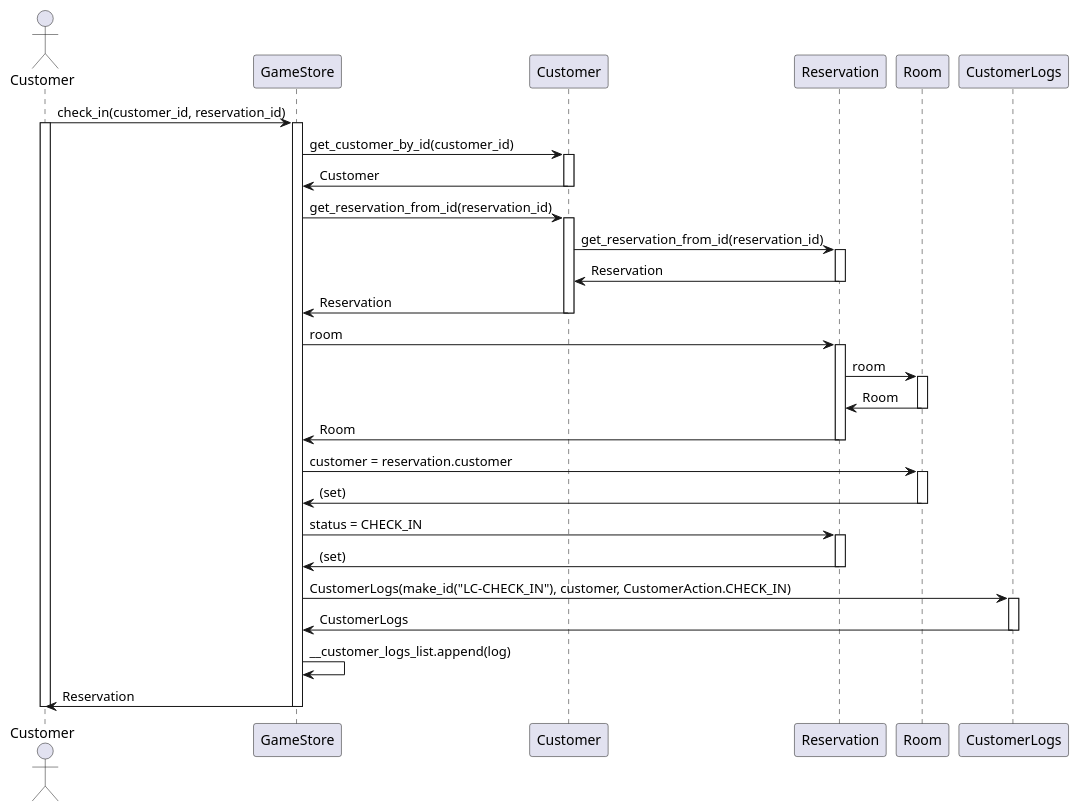
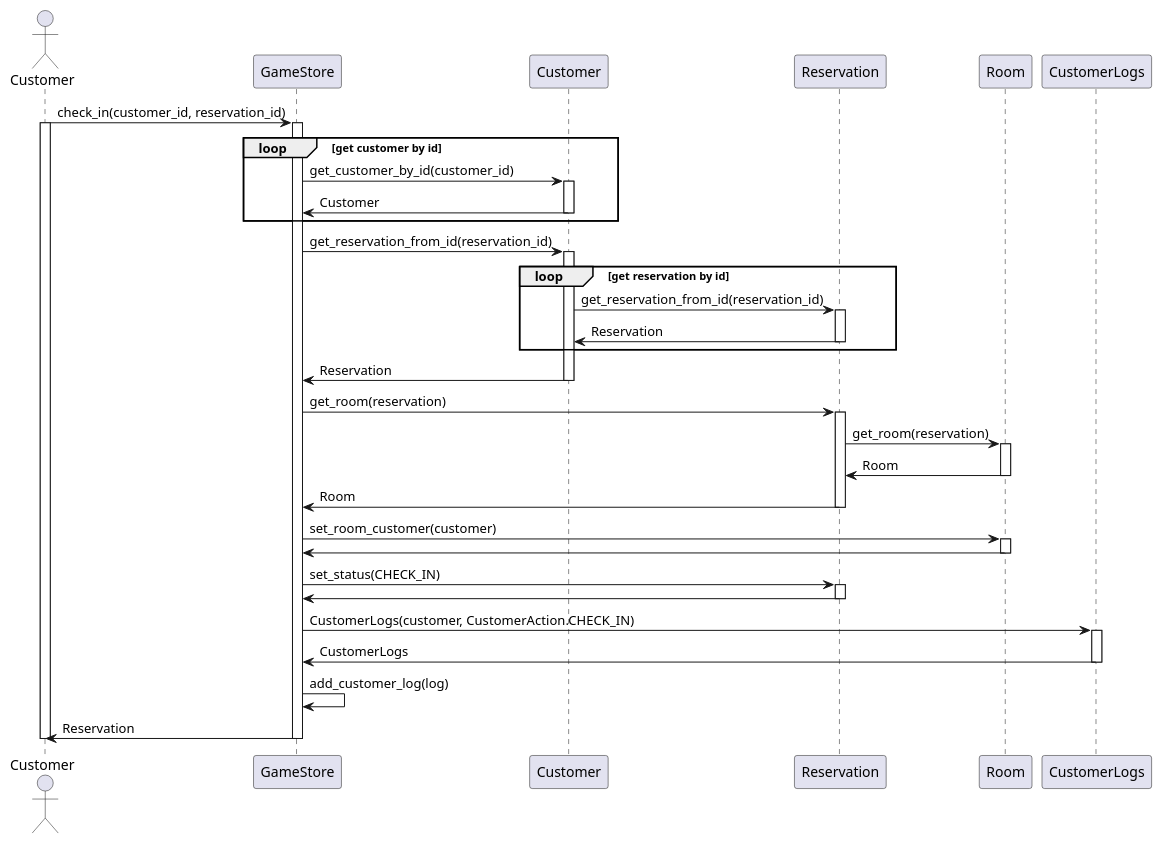
One commit to WaroonRagwongsiri/OOP_Project changed the diagram in SequenceDiagram/sequence_diagram_check_in.puml. Above: the diagram before and after it, drawn with PlantUML. The commit also changed 1 other file, not shown here.

```diff
--- a/SequenceDiagram/sequence_diagram_check_in.puml
+++ b/SequenceDiagram/sequence_diagram_check_in.puml
@@ -1,54 +1,59 @@
 @startuml Check In Sequence Diagram
 
 actor Customer as A_Customer
 
 A_Customer -> GameStore: check_in(customer_id, reservation_id)
 activate A_Customer
 
 activate GameStore
-GameStore -> Customer: get_customer_by_id(customer_id)
-activate Customer
-Customer -> GameStore: Customer
-deactivate Customer
+loop get customer by id
+	GameStore -> Customer: get_customer_by_id(customer_id)
+	activate Customer
+	Customer -> GameStore: Customer
+	deactivate Customer
+end
+
 
 GameStore -> Customer: get_reservation_from_id(reservation_id)
 activate Customer
-Customer -> Reservation: get_reservation_from_id(reservation_id)
-activate Reservation
-Reservation -> Customer: Reservation
-deactivate Reservation
+loop get reservation by id
+	Customer -> Reservation: get_reservation_from_id(reservation_id)
+	activate Reservation
+	Reservation -> Customer: Reservation
+	deactivate Reservation
+end
 Customer -> GameStore: Reservation
 deactivate Customer
 
-GameStore -> Reservation: room
+GameStore -> Reservation: get_room(reservation)
 activate Reservation
-Reservation -> Room: room
+Reservation -> Room: get_room(reservation)
 activate Room
 Room -> Reservation: Room
 deactivate Room
 Reservation -> GameStore: Room
 deactivate Reservation
 
-GameStore -> Room: customer = reservation.customer
+GameStore -> Room: set_room_customer(customer)
 activate Room
-Room -> GameStore: (set)
+Room -> GameStore:
 deactivate Room
 
-GameStore -> Reservation: status = CHECK_IN
+GameStore -> Reservation: set_status(CHECK_IN)
 activate Reservation
-Reservation -> GameStore: (set)
+Reservation -> GameStore:
 deactivate Reservation
 
-GameStore -> CustomerLogs: CustomerLogs(make_id("LC-CHECK_IN"), customer, CustomerAction.CHECK_IN)
+GameStore -> CustomerLogs: CustomerLogs(customer, CustomerAction.CHECK_IN)
 activate CustomerLogs
 CustomerLogs -> GameStore: CustomerLogs
 deactivate CustomerLogs
 
-GameStore -> GameStore: __customer_logs_list.append(log)
+GameStore -> GameStore: add_customer_log(log)
 
 GameStore -> A_Customer: Reservation
 deactivate GameStore
 
 deactivate A_Customer
 
 @enduml
```
